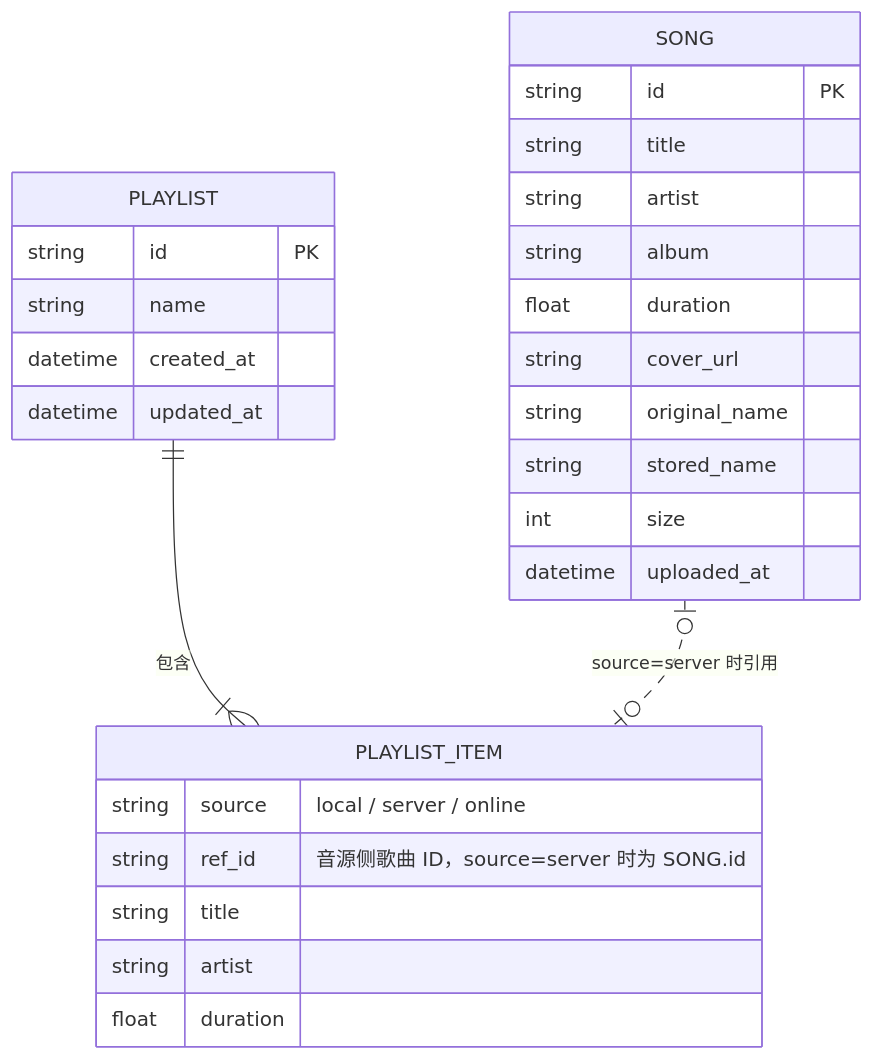
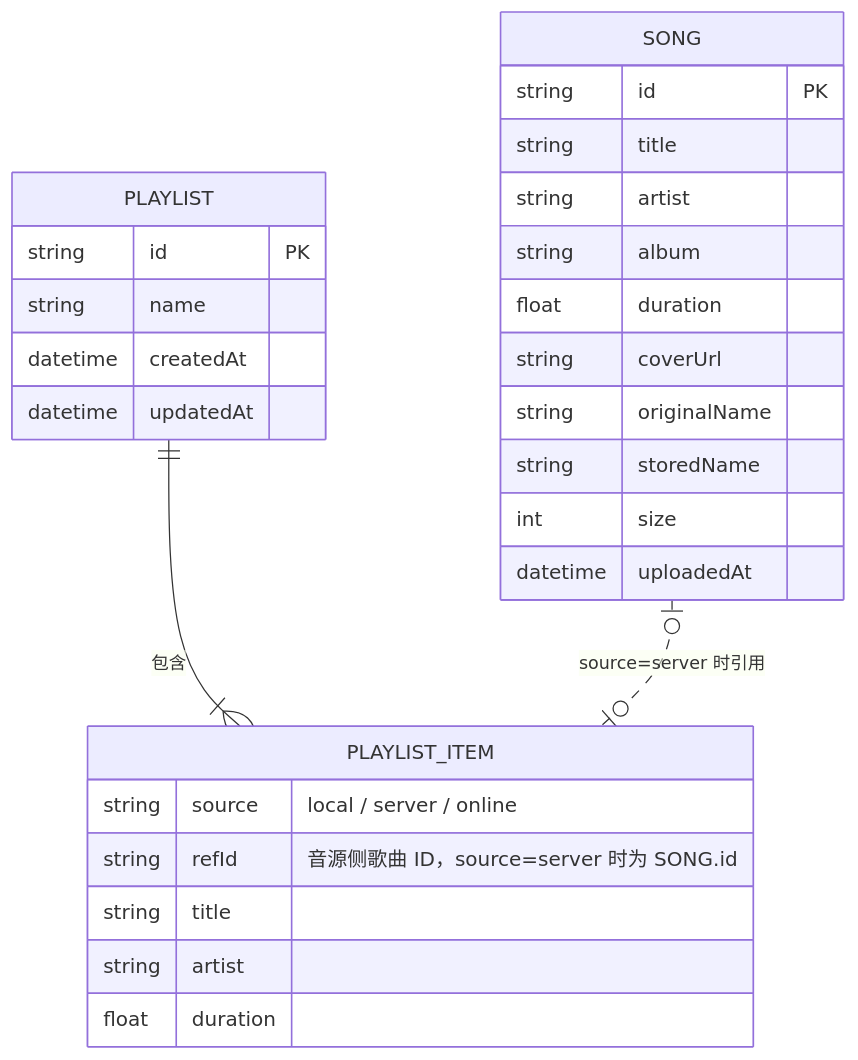
Before and after one commit to ColdMistyRain/qingting-music: the eighth of 8 diagrams in 音乐软件需求文档.md, drawn with Mermaid. The commit also changed other lines of this file, not shown here.

Commit message:
docs(v2.2): 新增 5.6 技术规范（命名/API/Git/代码风格/CSS）；ER 图字段统一 camelCase

````diff
--- a/音乐软件需求文档.md
+++ b/音乐软件需求文档.md
@@ -544,31 +544,31 @@
 ```mermaid
 erDiagram
     PLAYLIST ||--|{ PLAYLIST_ITEM : "包含"
     SONG |o..o| PLAYLIST_ITEM : "source=server 时引用"
 
     SONG {
         string id PK
         string title
         string artist
         string album
         float duration
-        string cover_url
-        string original_name
-        string stored_name
+        string coverUrl
+        string originalName
+        string storedName
         int size
-        datetime uploaded_at
+        datetime uploadedAt
     }
     PLAYLIST {
         string id PK
         string name
-        datetime created_at
-        datetime updated_at
+        datetime createdAt
+        datetime updatedAt
     }
     PLAYLIST_ITEM {
         string source "local / server / online"
-        string ref_id "音源侧歌曲 ID，source=server 时为 SONG.id"
+        string refId "音源侧歌曲 ID，source=server 时为 SONG.id"
         string title
         string artist
         float duration
     }
 ```
````
